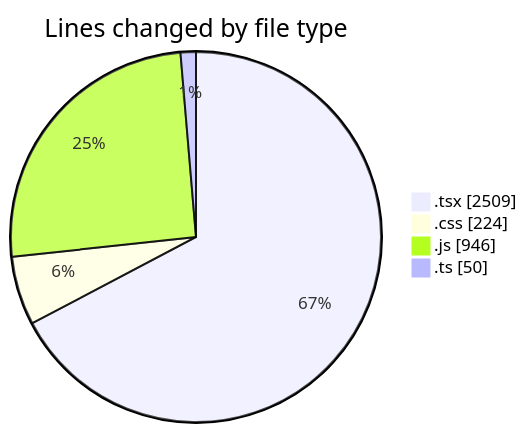
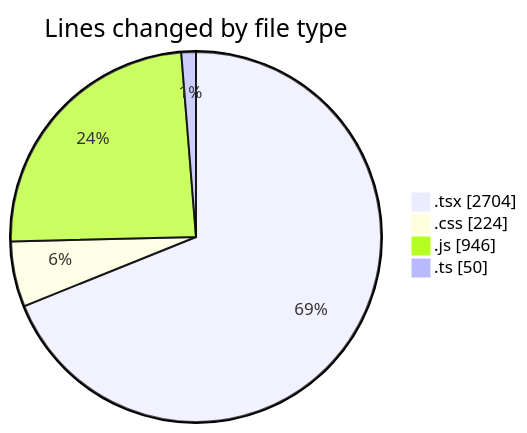
Before and after one commit to Elitesun/code-tracking: the first of 2 diagrams in 2025-04-22/indesign/README.md, drawn with Mermaid. The commit also changed other lines of this file and 1 other file, not shown here.

````diff
--- a/2025-04-22/indesign/README.md
+++ b/2025-04-22/indesign/README.md
@@ -37,8 +37,8 @@
 ```mermaid
 pie showData
 title Lines changed by file type
-".tsx" : 2509
+".tsx" : 2704
 ".css" : 224
 ".js" : 946
 ".ts" : 50
 ```
````
